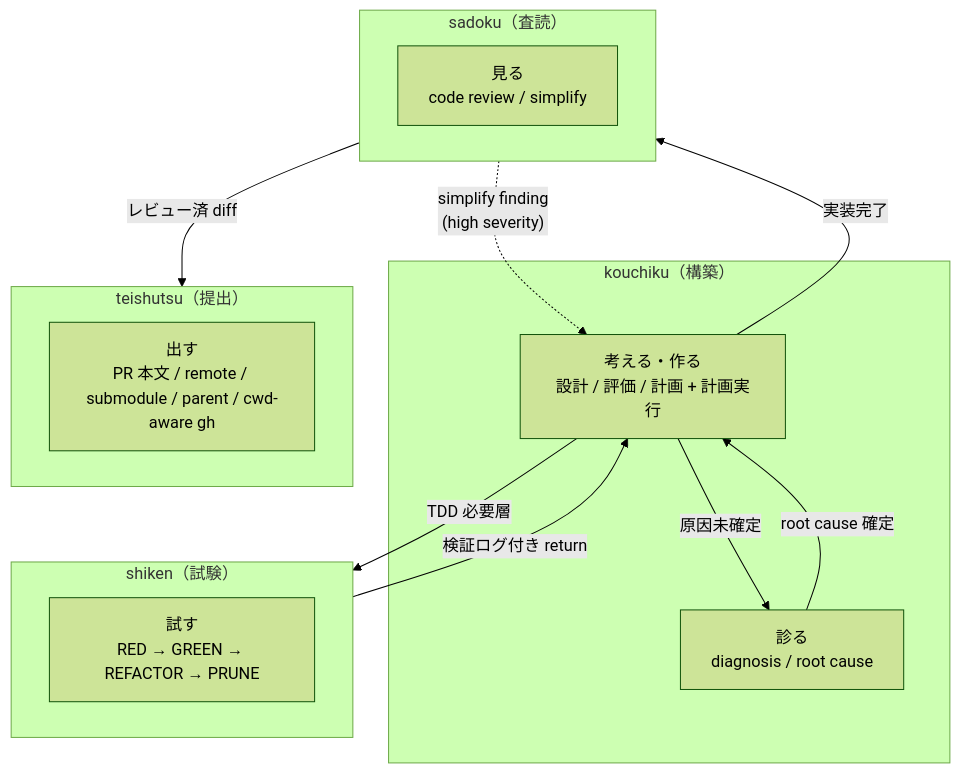
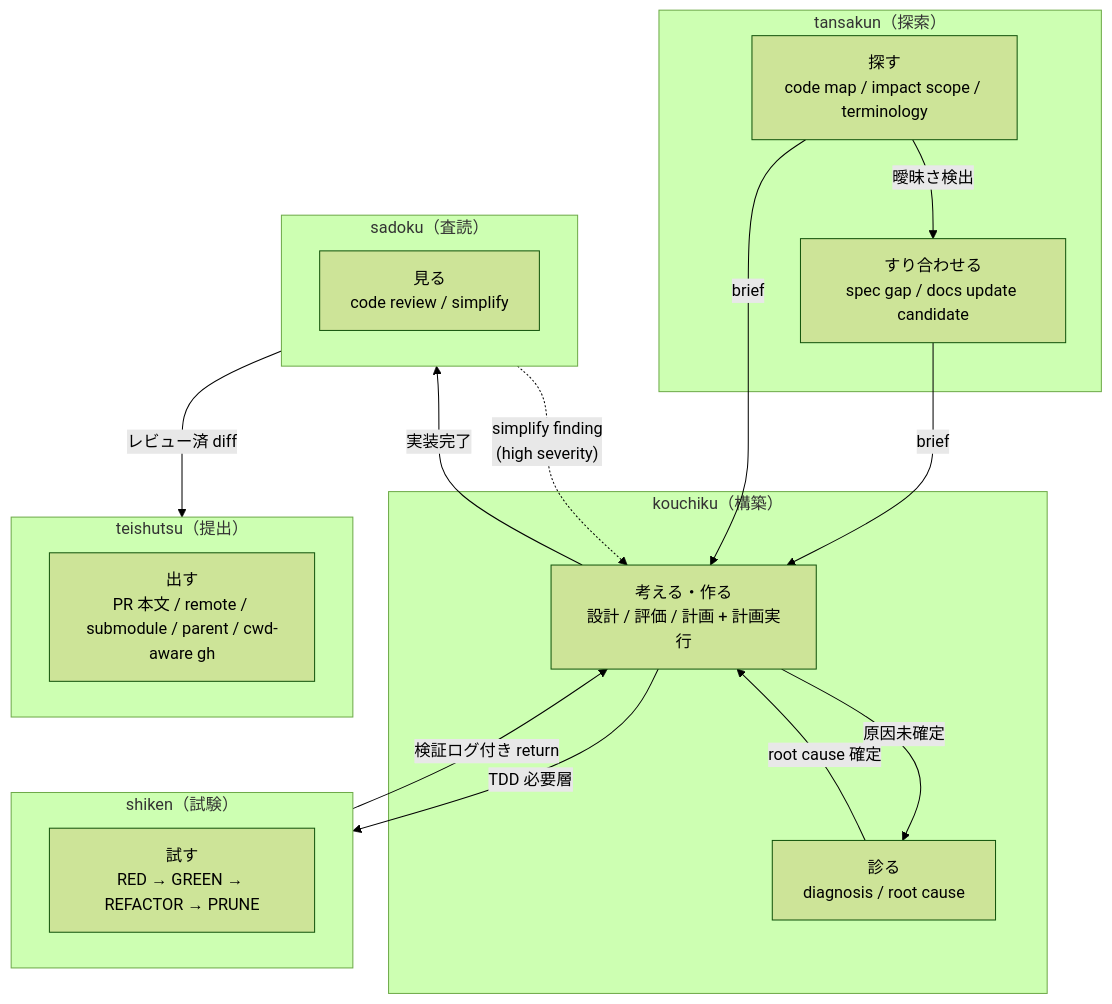
Before and after one commit to hayashiii-ghub/hikizan: the first of 6 diagrams in docs/workflow.md, drawn with Mermaid (forest theme). The commit also changed other lines of this file and 7 other files, not shown here.

````diff
--- a/docs/workflow.md
+++ b/docs/workflow.md
@@ -32,24 +32,31 @@
 ```mermaid
 flowchart TB
+  subgraph EXPLORE["tansakun（探索）"]
+    T["探す<br/>code map / impact scope / terminology"]
+    TS["すり合わせる<br/>spec gap / docs update candidate"]
+  end
   subgraph BUILD["kouchiku（構築）"]
     K["考える・作る<br/>設計 / 評価 / 計画 + 計画実行"]
     KD["診る<br/>diagnosis / root cause"]
   end
   subgraph TEST["shiken（試験）"]
     S["試す<br/>RED → GREEN → REFACTOR → PRUNE"]
   end
   subgraph REVIEW["sadoku（査読）"]
     R["見る<br/>code review / simplify"]
   end
   subgraph SUBMIT["teishutsu（提出）"]
     M["出す<br/>PR 本文 / remote / submodule / parent / cwd-aware gh"]
   end
 
+  T -->|"曖昧さ検出"| TS
+  TS -->|"brief"| K
+  T -->|"brief"| K
   K -->|"原因未確定"| KD
   KD -->|"root cause 確定"| K
   K -->|"TDD 必要層"| TEST
   TEST -->|"検証ログ付き return"| K
   K -->|"実装完了"| REVIEW
   REVIEW -.->|"simplify finding<br/>(high severity)"| K
   REVIEW -->|"レビュー済 diff"| SUBMIT
 ```
````
